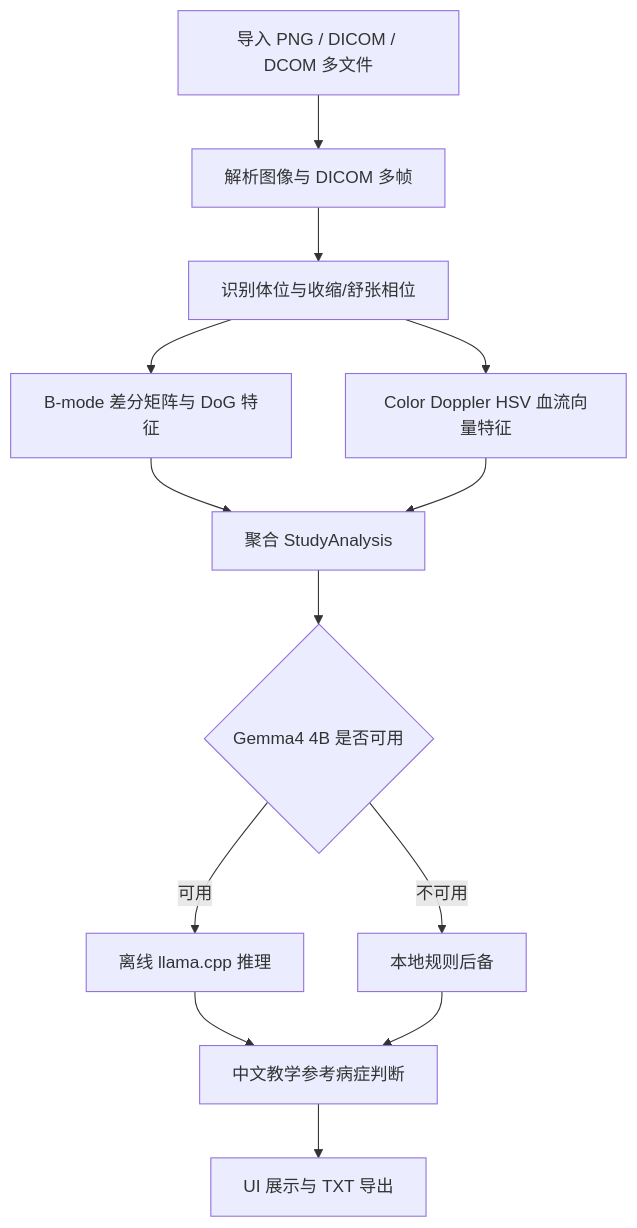
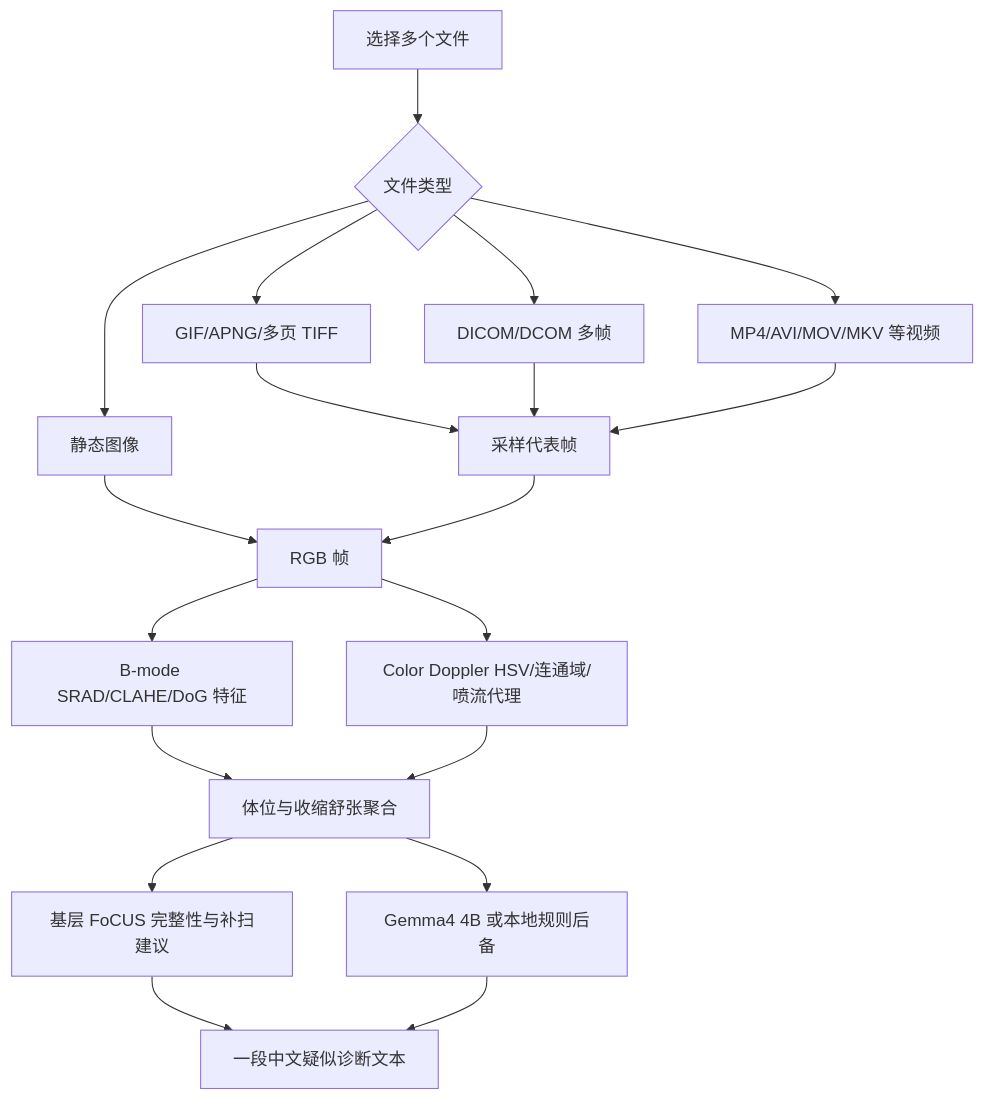
One commit to Timmy-zhu12/gdc-shanghai-project changed the diagram in README.md. Above: the diagram before and after it, drawn with Mermaid. The commit also changed other lines of this file and 19 other files, not shown here.

````diff
--- a/README.md
+++ b/README.md
@@ -176,15 +146,21 @@
 ```mermaid
 flowchart TD
-    A["导入 PNG / DICOM / DCOM 多文件"] --> B["解析图像与 DICOM 多帧"]
-    B --> C["识别体位与收缩/舒张相位"]
-    C --> D["B-mode 差分矩阵与 DoG 特征"]
-    C --> E["Color Doppler HSV 血流向量特征"]
-    D --> F["聚合 StudyAnalysis"]
-    E --> F
-    F --> G{"Gemma4 4B 是否可用"}
-    G -->|可用| H["离线 llama.cpp 推理"]
-    G -->|不可用| I["本地规则后备"]
-    H --> J["中文教学参考病症判断"]
-    I --> J
-    J --> K["UI 展示与 TXT 导出"]
+    A["选择多个文件"] --> B{"文件类型"}
+    B --> C["静态图像"]
+    B --> D["GIF/APNG/多页 TIFF"]
+    B --> E["DICOM/DCOM 多帧"]
+    B --> F["MP4/AVI/MOV/MKV 等视频"]
+    C --> G["RGB 帧"]
+    D --> H["采样代表帧"]
+    E --> H
+    F --> H
+    H --> G
+    G --> I["B-mode SRAD/CLAHE/DoG 特征"]
+    G --> J["Color Doppler HSV/连通域/喷流代理"]
+    I --> K["体位与收缩舒张聚合"]
+    J --> K
+    K --> L["基层 FoCUS 完整性与补扫建议"]
+    K --> M["Gemma4 4B 或本地规则后备"]
+    L --> N["一段中文疑似诊断文本"]
+    M --> N
 ```
````
